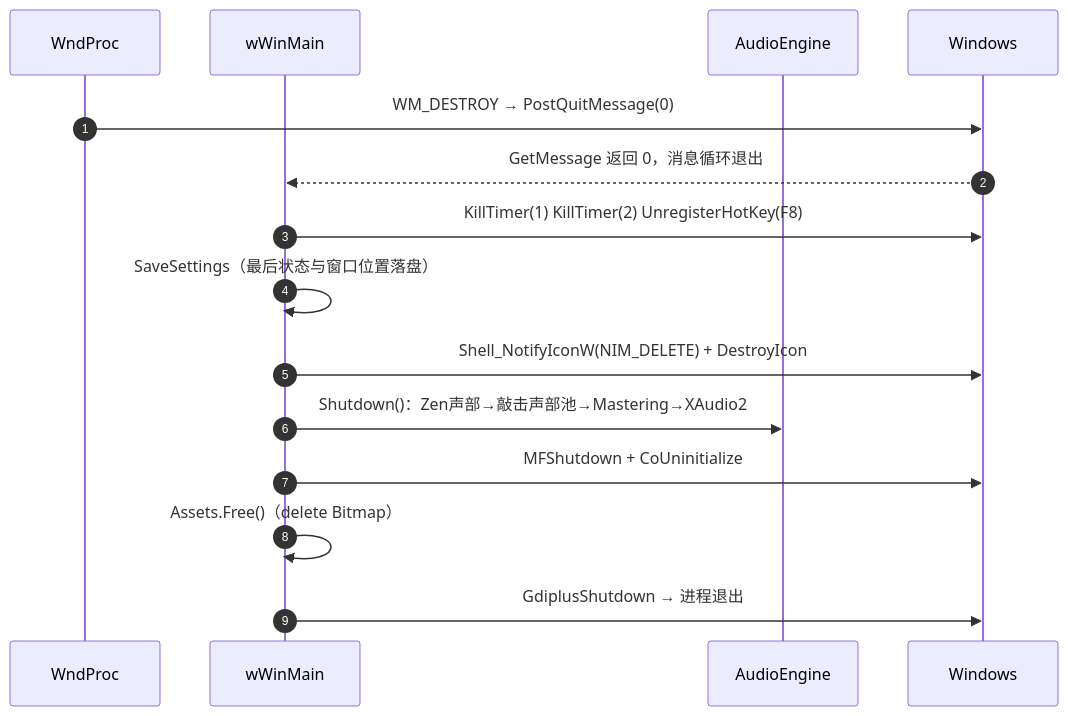
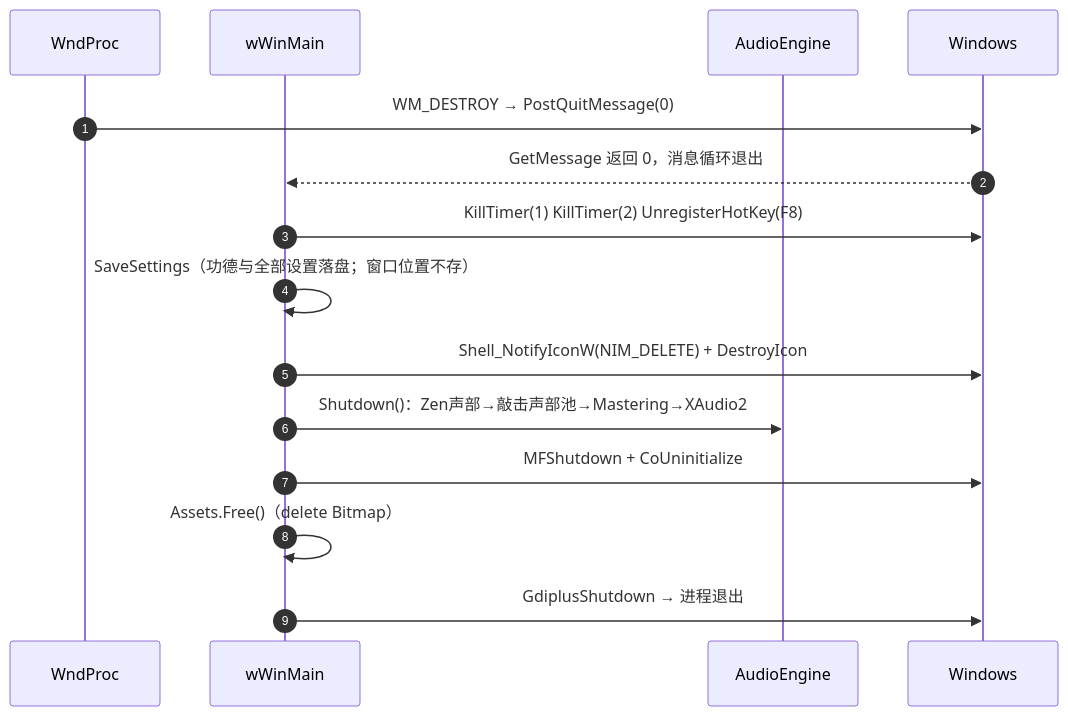
Before and after one commit to TianYunCode/wooden_fish: the fifth of 5 diagrams in docs/sequence-diagrams.md, drawn with Mermaid. The commit also changed other lines of this file and 4 other files, not shown here.

````diff
--- a/docs/sequence-diagrams.md
+++ b/docs/sequence-diagrams.md
@@ -158,18 +164,18 @@
 ```mermaid
 sequenceDiagram
     autonumber
     participant WP as WndProc
     participant M as wWinMain
     participant AE as AudioEngine
     participant OS as Windows
 
     WP->>OS: WM_DESTROY → PostQuitMessage(0)
     OS-->>M: GetMessage 返回 0，消息循环退出
     M->>OS: KillTimer(1) KillTimer(2) UnregisterHotKey(F8)
-    M->>M: SaveSettings（最后状态与窗口位置落盘）
+    M->>M: SaveSettings（功德与全部设置落盘；窗口位置不存）
     M->>OS: Shell_NotifyIconW(NIM_DELETE) + DestroyIcon
     M->>AE: Shutdown()：Zen声部→敲击声部池→Mastering→XAudio2
     M->>OS: MFShutdown + CoUninitialize
     M->>M: Assets.Free()（delete Bitmap）
     M->>OS: GdiplusShutdown → 进程退出
 ```
````
